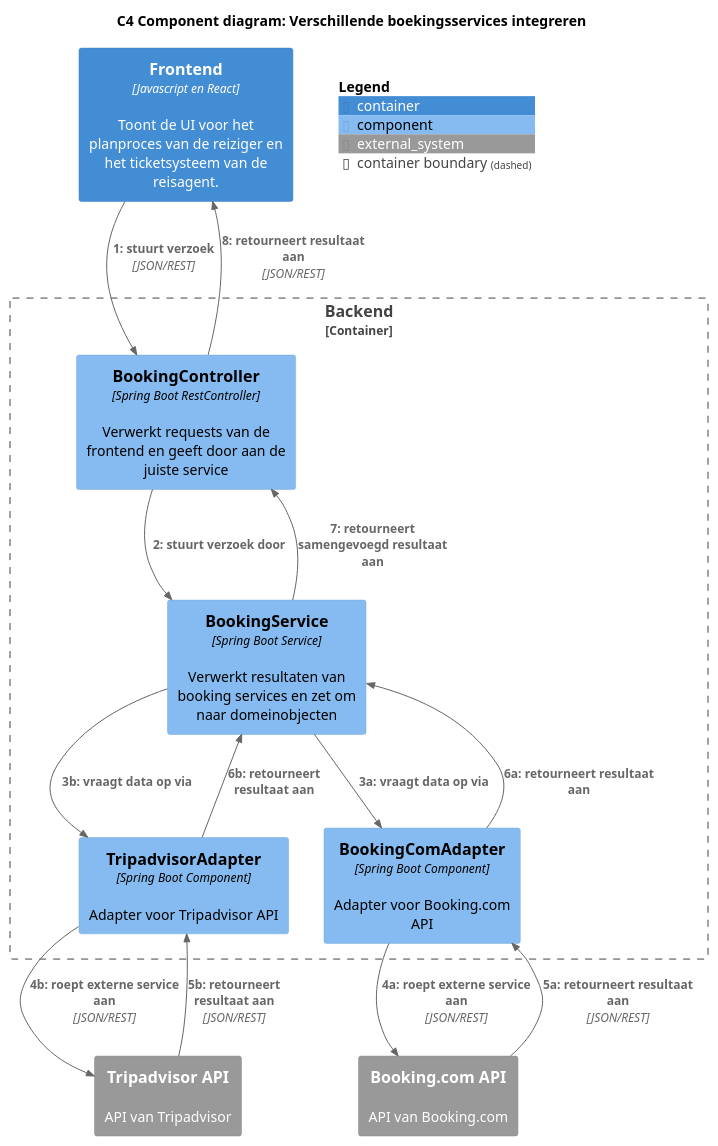
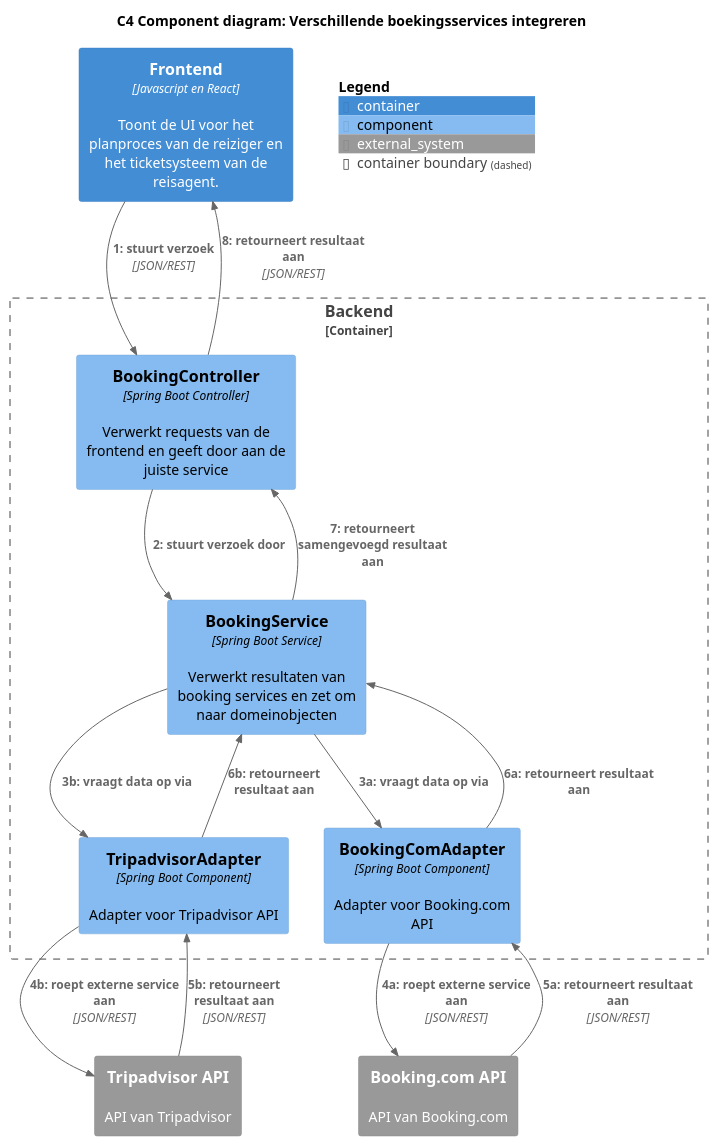
One commit to AIM-ENE-feb25/triptop-groep-4-jochem-roald-stijn-a changed the diagram in software-guidebook/sgb-bestanden/ontwerpvragen/Modifiability - dynamic Component diagram.puml. Above: the diagram before and after it, drawn with PlantUML. The commit also changed 1 other file, not shown here.

Commit message:
RestController -> Controller

```diff
--- a/software-guidebook/sgb-bestanden/ontwerpvragen/Modifiability - dynamic Component diagram.puml
+++ b/software-guidebook/sgb-bestanden/ontwerpvragen/Modifiability - dynamic Component diagram.puml
@@ -1,36 +1,36 @@
 @startuml
 title C4 Component diagram: Verschillende boekingsservices integreren
 !include <C4/C4_Component.puml>
 top to bottom direction
 
 
 Container(Frontend, "Frontend", "Javascript en React", "Toont de UI voor het planproces van de reiziger en het ticketsysteem van de reisagent.")
 
 
 Container_Boundary(backend, "Backend") {
-Component(bookingController, "BookingController", "Spring Boot RestController", "Verwerkt requests van de frontend en geeft door aan de juiste service")
+Component(bookingController, "BookingController", "Spring Boot Controller", "Verwerkt requests van de frontend en geeft door aan de juiste service")
 Component(bookingService, "BookingService", "Spring Boot Service", "Verwerkt resultaten van booking services en zet om naar domeinobjecten")
 Component(BookingComAdapter, "BookingComAdapter", "Spring Boot Component", "Adapter voor Booking.com API")
 Component(tripAdvisorAdapter, "TripadvisorAdapter", "Spring Boot Component", "Adapter voor Tripadvisor API")
 }
 System_Ext(bookingComApi, "Booking.com API", "API van Booking.com")
 System_Ext(tripAdvisorApi, "Tripadvisor API", "API van Tripadvisor")
 
 Rel(Frontend, bookingController, "1: stuurt verzoek", "JSON/REST")
 Rel(bookingController, bookingService, "2: stuurt verzoek door")
 Rel(bookingService, BookingComAdapter, "3a: vraagt data op via")
 Rel(bookingService, tripAdvisorAdapter, " 3b: vraagt data op via")
 Rel(BookingComAdapter, bookingComApi, "4a: roept externe service aan", "JSON/REST")
 Rel(tripAdvisorAdapter, tripAdvisorApi, "4b: roept externe service aan", "JSON/REST")
 Rel_U(bookingComApi, BookingComAdapter, "5a: retourneert resultaat aan", "JSON/REST")
 Rel_U(tripAdvisorApi, tripAdvisorAdapter, "5b: retourneert resultaat aan", "JSON/REST")
 Rel_U(BookingComAdapter, bookingService, "6a: retourneert resultaat aan")
 Rel_U(tripAdvisorAdapter, bookingService, "6b: retourneert resultaat aan")
 Rel_U(bookingService, bookingController, "7: retourneert samengevoegd resultaat aan")
 Rel_U(bookingController, Frontend, "8: retourneert resultaat aan", "JSON/REST")
 
 
 
 SHOW_FLOATING_LEGEND()
 
 @enduml
```
